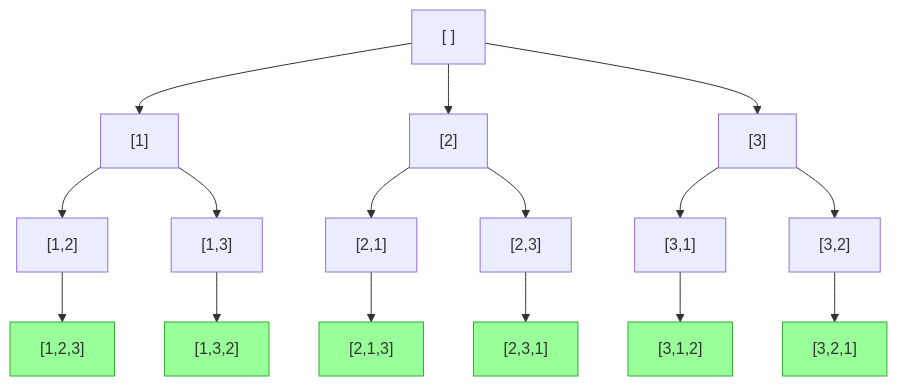
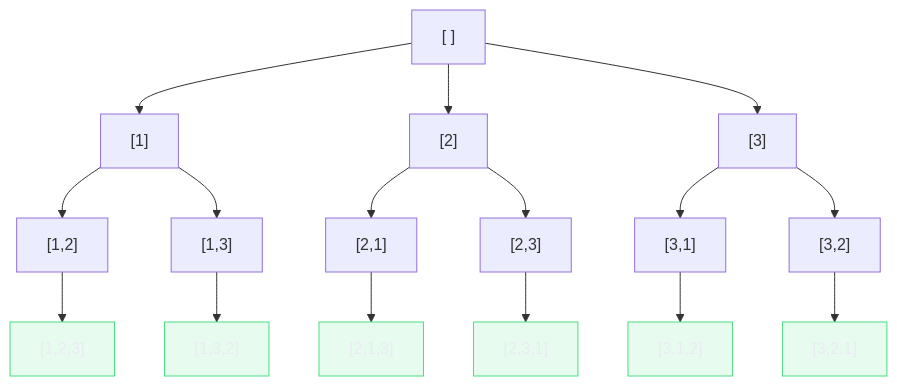
One commit to josenaldo/codex-technomanticus changed the fourth of 6 diagrams in 03-Dominios/Ciência/Algoritmos/12 - Backtracking.md. Above: the diagram before and after it, drawn with Mermaid. The commit also changed other lines of this file and 1181 other files, not shown here.

First line of the commit message:
fix(diagramas): paleta do sistema no lugar de cor cravada no markdown

````diff
--- a/03-Dominios/Ciência/Algoritmos/12 - Backtracking.md
+++ b/03-Dominios/Ciência/Algoritmos/12 - Backtracking.md
@@ -186,25 +194,26 @@
 ```mermaid
 flowchart TD
+    classDef ok fill:#4ADE8021,stroke:#4ADE80,color:#E9ECF2
     R["[ ]"] --> A1["[1]"]
     R --> A2["[2]"]
     R --> A3["[3]"]
     A1 --> B12["[1,2]"]
     A1 --> B13["[1,3]"]
     A2 --> B21["[2,1]"]
     A2 --> B23["[2,3]"]
     A3 --> B31["[3,1]"]
     A3 --> B32["[3,2]"]
     B12 --> C123["[1,2,3]"]
     B13 --> C132["[1,3,2]"]
     B21 --> C213["[2,1,3]"]
     B23 --> C231["[2,3,1]"]
     B31 --> C312["[3,1,2]"]
     B32 --> C321["[3,2,1]"]
 
-    style C123 fill:#9f9,stroke:#3a3
-    style C132 fill:#9f9,stroke:#3a3
-    style C213 fill:#9f9,stroke:#3a3
-    style C231 fill:#9f9,stroke:#3a3
-    style C312 fill:#9f9,stroke:#3a3
-    style C321 fill:#9f9,stroke:#3a3
+    class C123 ok
+    class C132 ok
+    class C213 ok
+    class C231 ok
+    class C312 ok
+    class C321 ok
 ```
````
